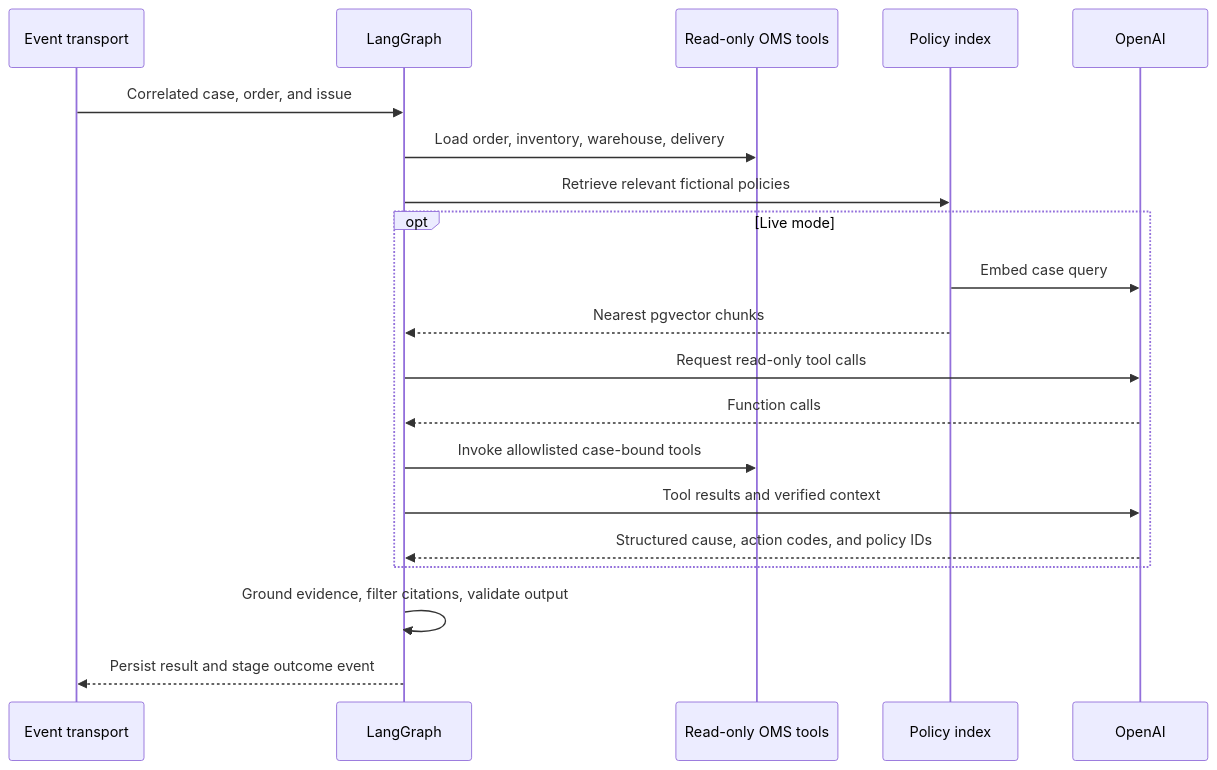
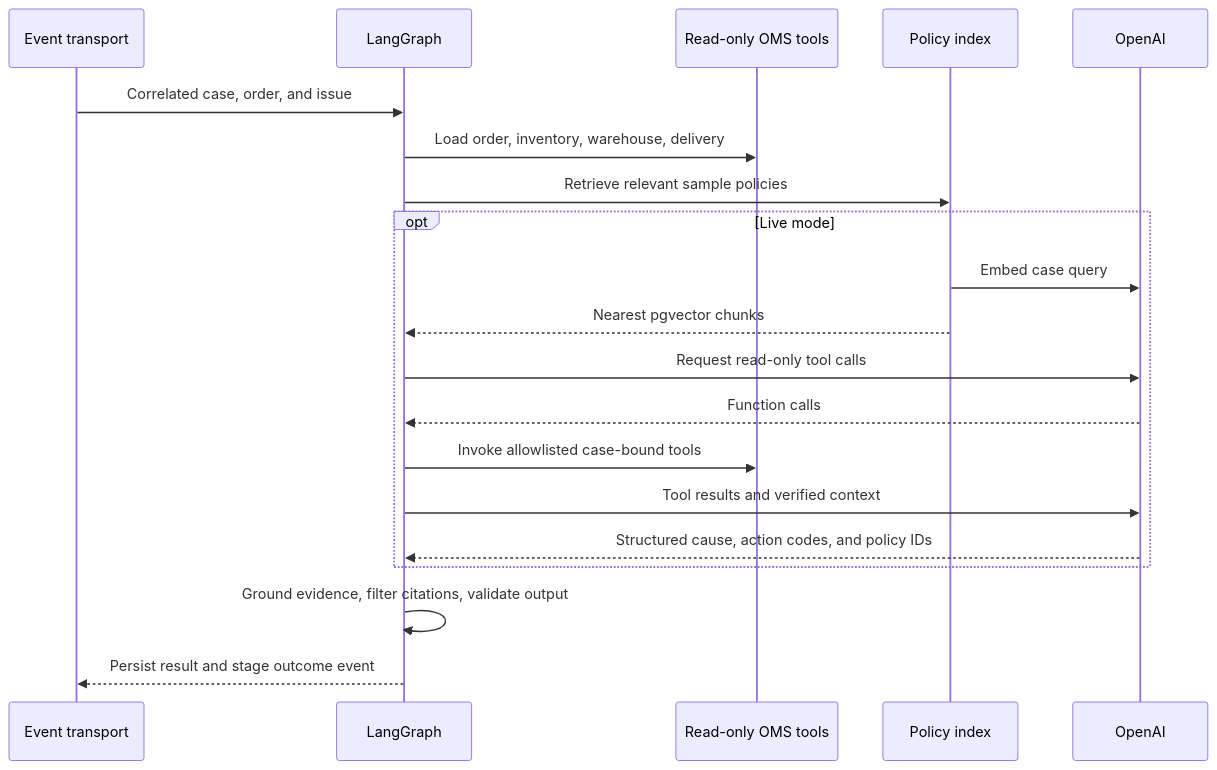
Before and after one commit to bedaisynic/mern-bootcamp: the diagram in projects/oms-exception-resolution/docs/ai-workflow.md, drawn with Mermaid. The commit also changed other lines of this file and 16 other files, not shown here.

````diff
--- a/projects/oms-exception-resolution/docs/ai-workflow.md
+++ b/projects/oms-exception-resolution/docs/ai-workflow.md
@@ -3,22 +3,22 @@
 ```mermaid
 sequenceDiagram
   participant K as Event transport
   participant G as LangGraph
   participant T as Read-only OMS tools
   participant P as Policy index
   participant O as OpenAI
   K->>G: Correlated case, order, and issue
   G->>T: Load order, inventory, warehouse, delivery
-  G->>P: Retrieve relevant fictional policies
+  G->>P: Retrieve relevant sample policies
   opt Live mode
     P->>O: Embed case query
     P-->>G: Nearest pgvector chunks
     G->>O: Request read-only tool calls
     O-->>G: Function calls
     G->>T: Invoke allowlisted case-bound tools
     G->>O: Tool results and verified context
     O-->>G: Structured cause, action codes, and policy IDs
   end
   G->>G: Ground evidence, filter citations, validate output
   G-->>K: Persist result and stage outcome event
 ```
````
